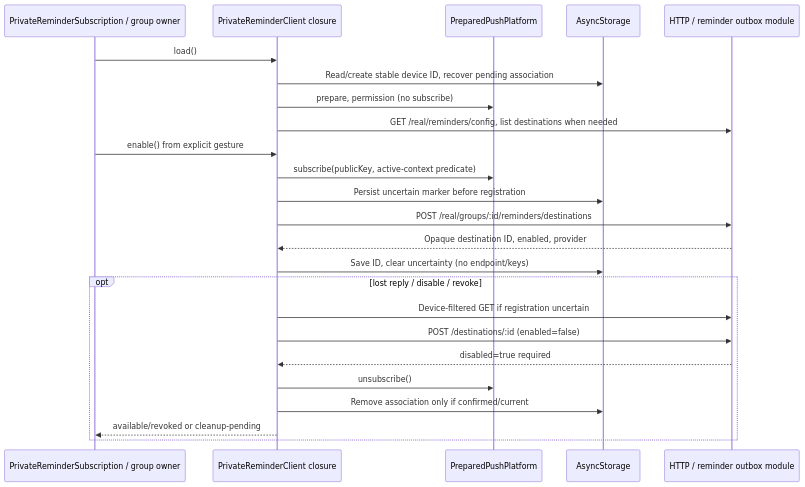
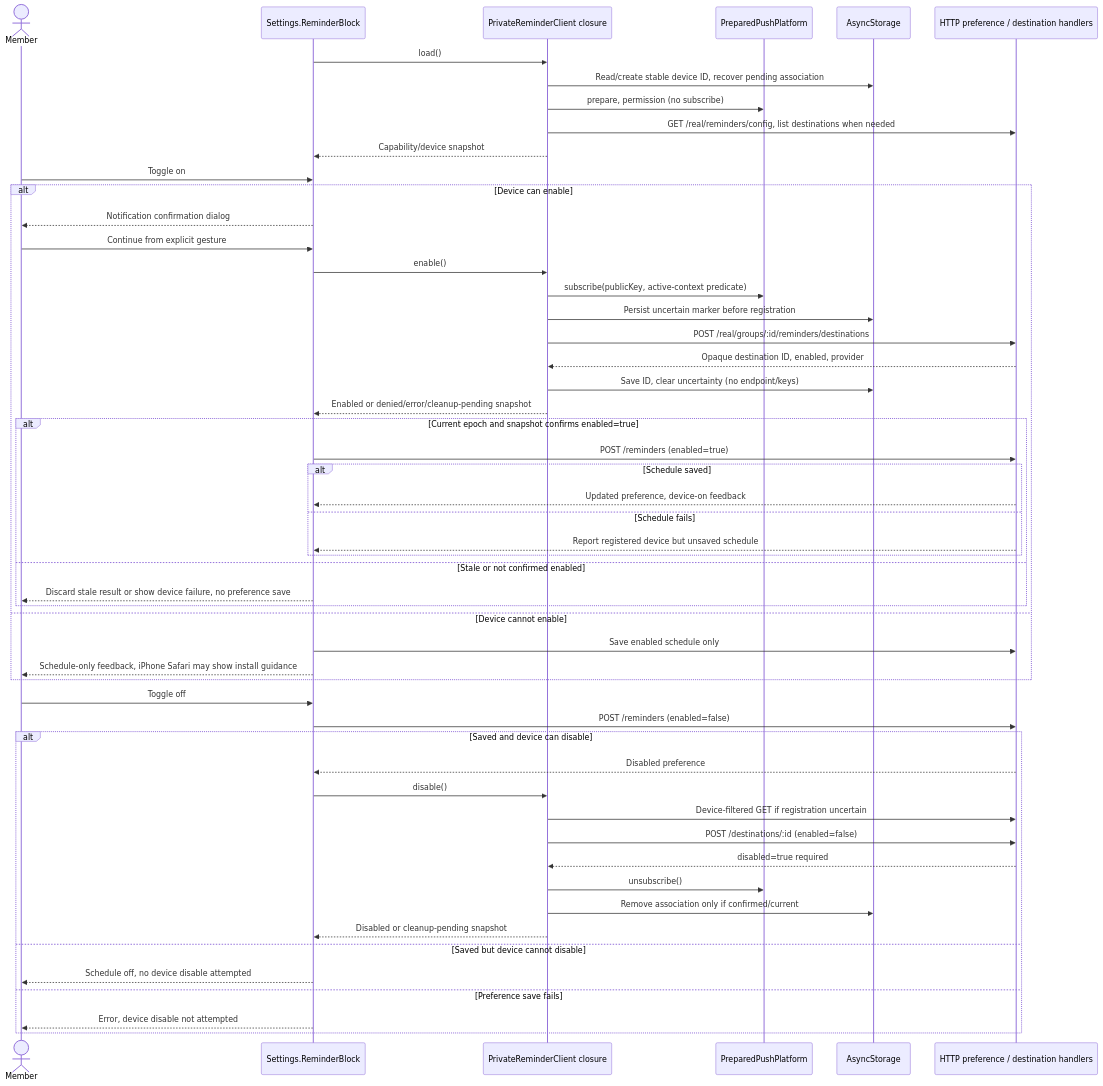
Before and after one commit to Collaboration95/rewind-app: diagram 13 of 17 in docs/design/interactions.md, drawn with Mermaid. The commit also changed other lines of this file and 3 other files, not shown here.

Commit message:
docs: map mounted settings and reminder ordering

````diff
--- a/docs/design/interactions.md
+++ b/docs/design/interactions.md
@@ -398,26 +443,55 @@
 ```mermaid
 sequenceDiagram
-  participant U as PrivateReminderSubscription / group owner
+  actor M as Member
+  participant U as Settings.ReminderBlock
   participant C as PrivateReminderClient closure
   participant B as PreparedPushPlatform
   participant L as AsyncStorage
-  participant H as HTTP / reminder outbox module
+  participant H as HTTP preference / destination handlers
   U->>C: load()
   C->>L: Read/create stable device ID, recover pending association
   C->>B: prepare, permission (no subscribe)
   C->>H: GET /real/reminders/config, list destinations when needed
-  U->>C: enable() from explicit gesture
-  C->>B: subscribe(publicKey, active-context predicate)
-  C->>L: Persist uncertain marker before registration
-  C->>H: POST /real/groups/:id/reminders/destinations
-  H-->>C: Opaque destination ID, enabled, provider
-  C->>L: Save ID, clear uncertainty (no endpoint/keys)
-  opt lost reply / disable / revoke
+  C-->>U: Capability/device snapshot
+  M->>U: Toggle on
+  alt Device can enable
+    U-->>M: Notification confirmation dialog
+    M->>U: Continue from explicit gesture
+    U->>C: enable()
+    C->>B: subscribe(publicKey, active-context predicate)
+    C->>L: Persist uncertain marker before registration
+    C->>H: POST /real/groups/:id/reminders/destinations
+    H-->>C: Opaque destination ID, enabled, provider
+    C->>L: Save ID, clear uncertainty (no endpoint/keys)
+    C-->>U: Enabled or denied/error/cleanup-pending snapshot
+    alt Current epoch and snapshot confirms enabled=true
+      U->>H: POST /reminders (enabled=true)
+      alt Schedule saved
+        H-->>U: Updated preference, device-on feedback
+      else Schedule fails
+        H-->>U: Report registered device but unsaved schedule
+      end
+    else Stale or not confirmed enabled
+      U-->>M: Discard stale result or show device failure, no preference save
+    end
+  else Device cannot enable
+    U->>H: Save enabled schedule only
+    U-->>M: Schedule-only feedback, iPhone Safari may show install guidance
+  end
+  M->>U: Toggle off
+  U->>H: POST /reminders (enabled=false)
+  alt Saved and device can disable
+    H-->>U: Disabled preference
+    U->>C: disable()
     C->>H: Device-filtered GET if registration uncertain
     C->>H: POST /destinations/:id (enabled=false)
     H-->>C: disabled=true required
     C->>B: unsubscribe()
     C->>L: Remove association only if confirmed/current
-    C-->>U: available/revoked or cleanup-pending
+    C-->>U: Disabled or cleanup-pending snapshot
+  else Saved but device cannot disable
+    U-->>M: Schedule off, no device disable attempted
+  else Preference save fails
+    U-->>M: Error, device disable not attempted
   end
 ```
````
